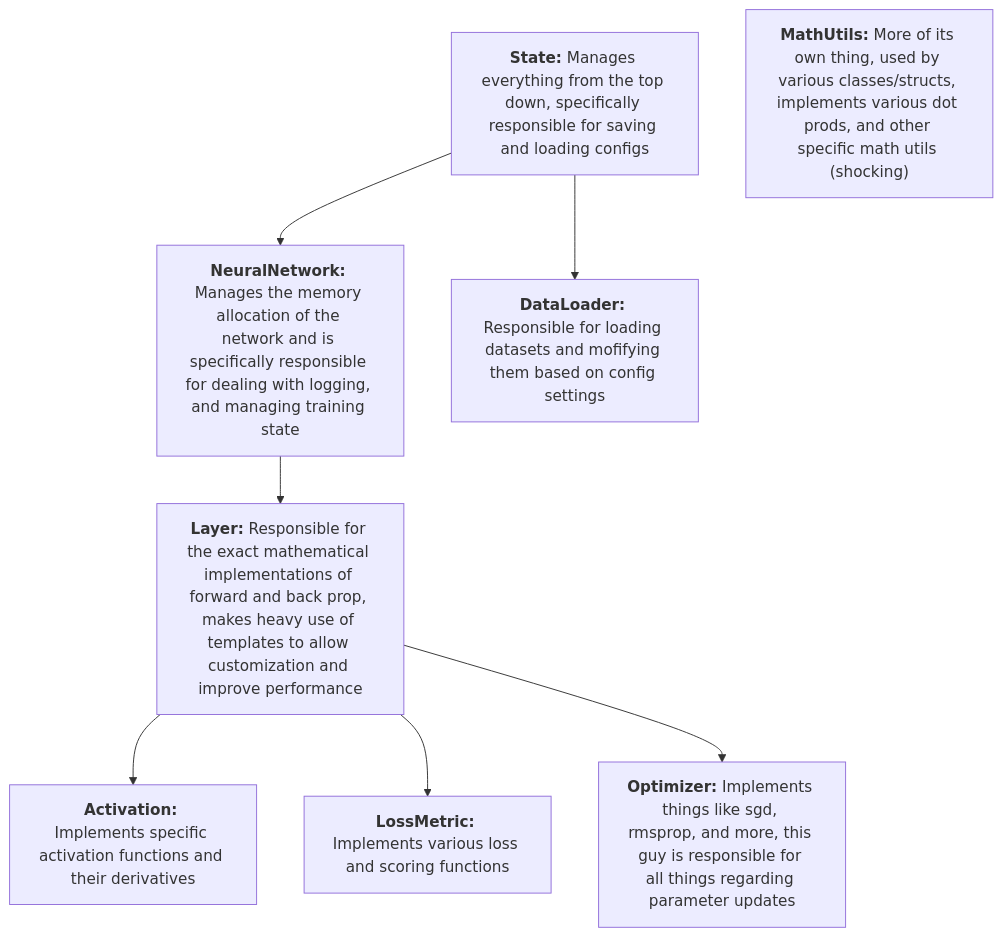
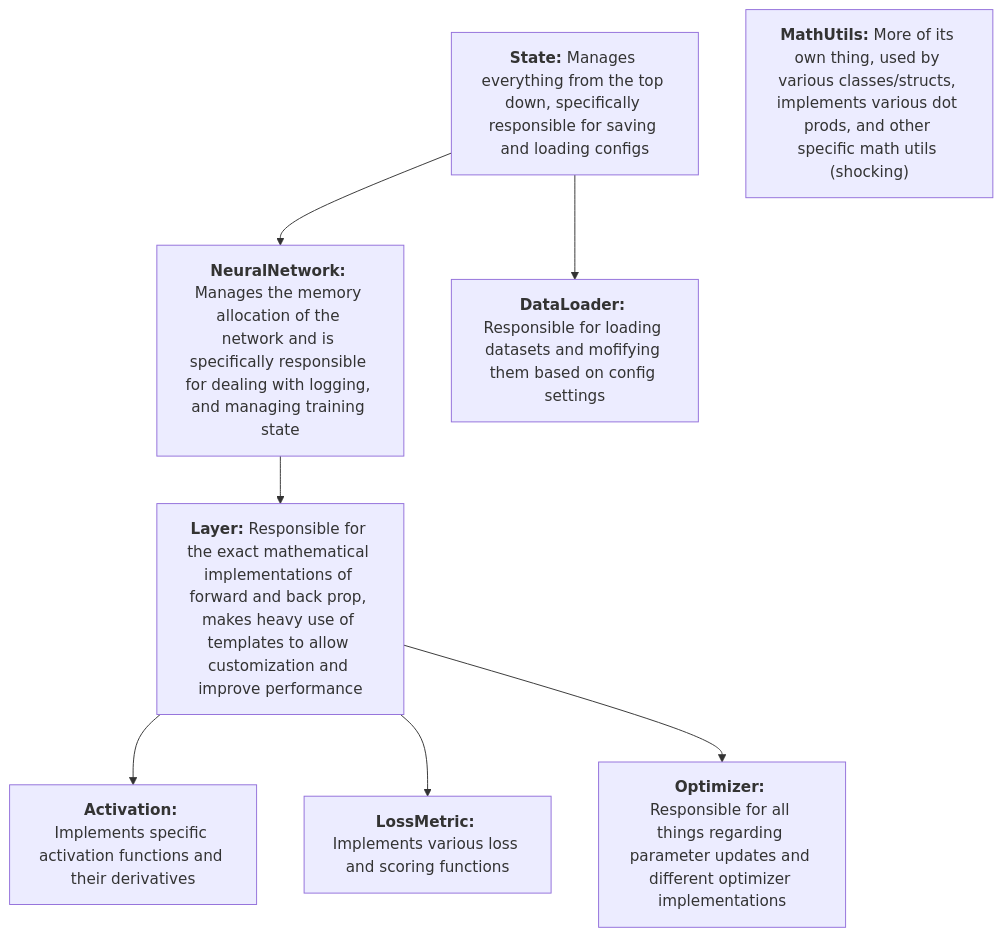
One commit to Joey574/MLEngine changed the diagram in README.md. Above: the diagram before and after it, drawn with Mermaid. The commit also changed 7 other files, not shown here.

````diff
--- a/README.md
+++ b/README.md
@@ -39,27 +39,27 @@
 ```mermaid
 flowchart TD
     state["`**State:** Manages everything from the top down, specifically responsible for saving and loading configs`"]
 
     nn["`**NeuralNetwork:** Manages the memory allocation of the network and is specifically responsible for dealing with logging, and managing training state`"]
 
     layer["`**Layer:** Responsible for the exact mathematical implementations of forward and back prop, makes heavy use of templates to allow customization and improve performance`"]
 
     dataload["`**DataLoader:** Responsible for loading datasets and mofifying them based on config settings`"]
 
     actv["`**Activation:** Implements specific activation functions and their derivatives`"]
 
     lossmetric["`**LossMetric:** Implements various loss and scoring functions`"]
 
-    optimizer["`**Optimizer:** Implements things like sgd, rmsprop, and more, this guy is responsible for all things regarding parameter updates`"]
+    optimizer["`**Optimizer:** Responsible for all things regarding parameter updates and different optimizer implementations`"]
 
     mathutils["`**MathUtils:** More of its own thing, used by various classes/structs, implements various dot prods, and other specific math utils (shocking)`"]
 
     state-->nn
     state-->dataload
 
     nn-->layer
 
     layer-->actv
     layer-->lossmetric
     layer-->optimizer
 ```
````
